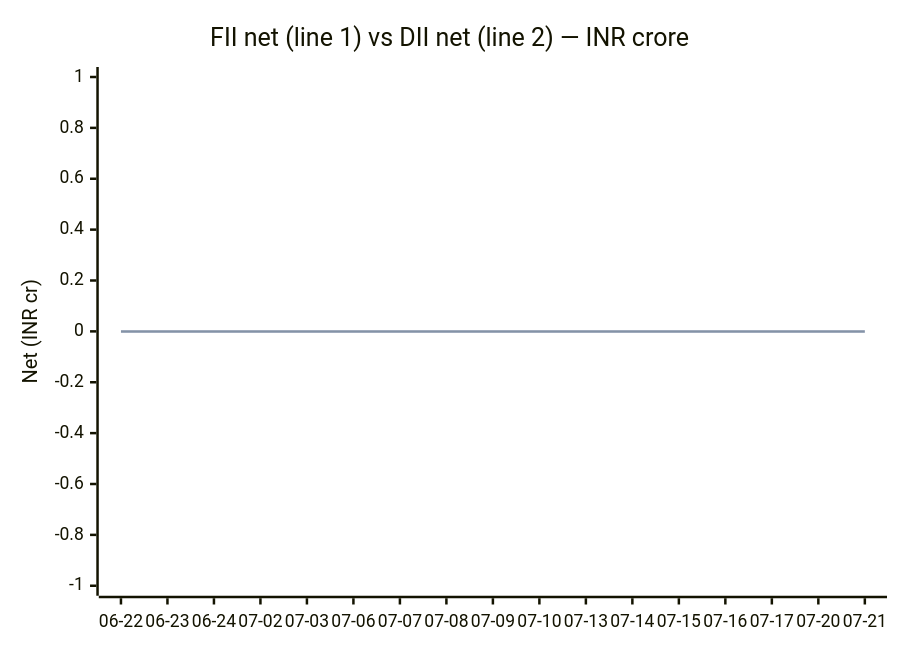
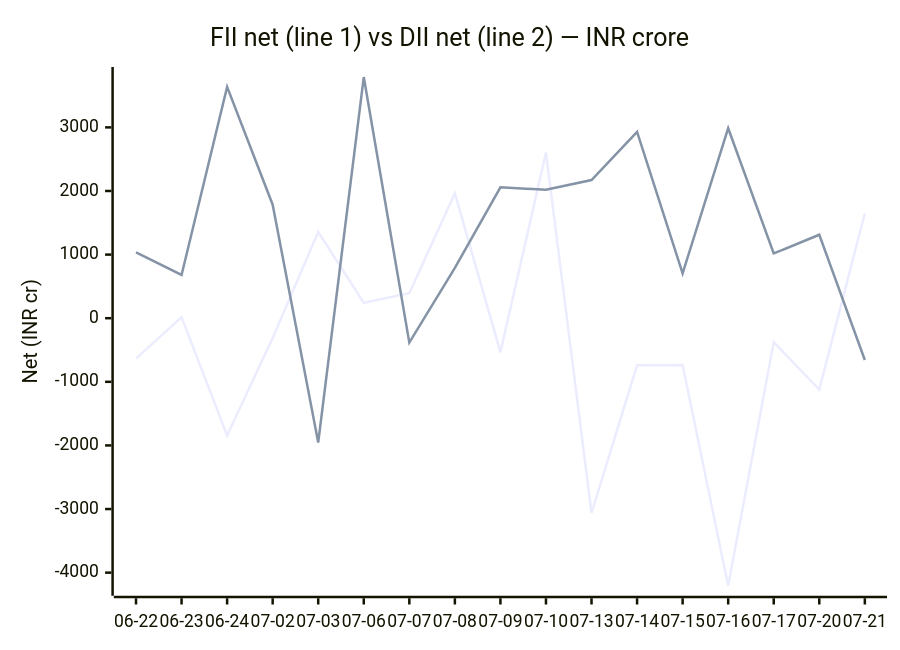
The diagram in README.md (chirag127/api-fii-dii), drawn with Mermaid before and after one commit. The commit also changed 19 other files, not shown here.

````diff
--- a/README.md
+++ b/README.md
@@ -10,8 +10,8 @@
 ```mermaid
 xychart-beta
     title "FII net (line 1) vs DII net (line 2) — INR crore"
     x-axis ["06-22", "06-23", "06-24", "07-02", "07-03", "07-06", "07-07", "07-08", "07-09", "07-10", "07-13", "07-14", "07-15", "07-16", "07-17", "07-20", "07-21"]
-    y-axis "Net (INR cr)" -1 --> 1
-    line [0, 0, 0, 0, 0, 0, 0, 0, 0, 0, 0, 0, 0, 0, 0, 0, 0]
-    line [0, 0, 0, 0, 0, 0, 0, 0, 0, 0, 0, 0, 0, 0, 0, 0, 0]
+    y-axis "Net (INR cr)" -4206 --> 3792
+    line [-635.91, 17.86, -1843.4, -311.82, 1355.33, 243.03, 393.19, 1962.8, -532.86, 2603.72, -3062.27, -739.69, -735.83, -4205.56, -376.41, -1121.04, 1650.16]
+    line [1035.72, 680.21, 3637.26, 1784.4, -1953.89, 3791.42, -383.43, 790.16, 2057.79, 2019.68, 2171.7, 2927.71, 704.93, 2986.41, 1017.89, 1312.03, -656.88]
 ```
````
